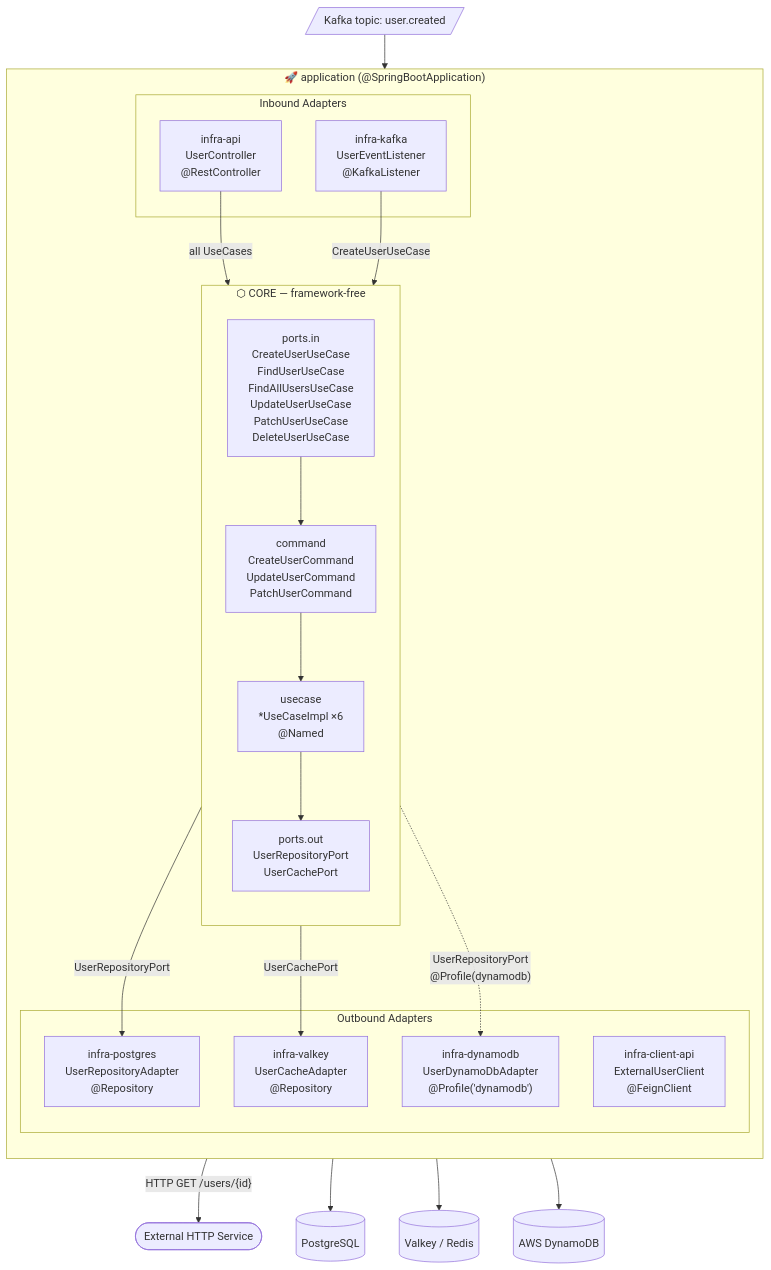
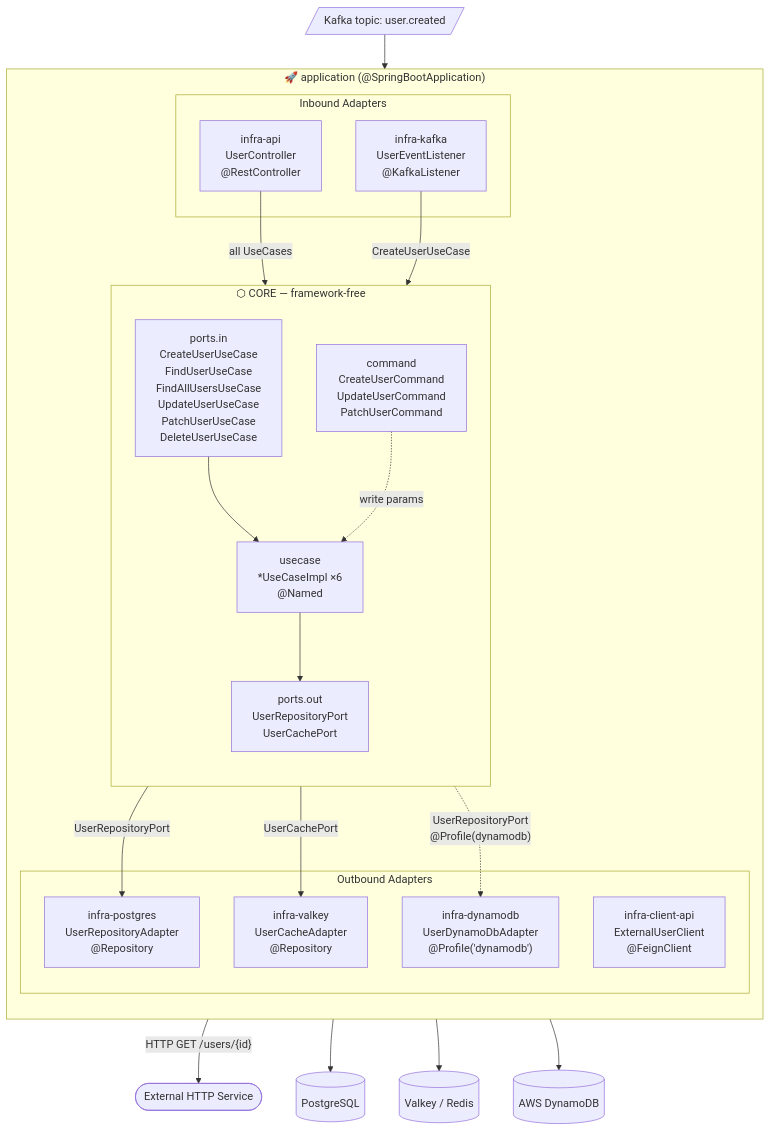
One commit to heandroro/java-hexagonal-template changed the diagram in ARCHITECTURE.md. Above: the diagram before and after it, drawn with Mermaid. The commit also changed other lines of this file, not shown here.

First line of the commit message:
docs: fix mermaid command flow and markdownlint warnings in ARCHITECTURE.md

````diff
--- a/ARCHITECTURE.md
+++ b/ARCHITECTURE.md
@@ -9,45 +9,46 @@
 ```mermaid
 flowchart TD
     subgraph APP["🚀 application (@SpringBootApplication)"]
         direction TB
 
         subgraph INBOUND["Inbound Adapters"]
             API["infra-api\nUserController\n@RestController"]
             KAFKA["infra-kafka\nUserEventListener\n@KafkaListener"]
         end
 
         subgraph CORE["⬡ CORE — framework-free"]
             direction TB
             PIN["ports.in\nCreateUserUseCase\nFindUserUseCase\nFindAllUsersUseCase\nUpdateUserUseCase\nPatchUserUseCase\nDeleteUserUseCase"]
             CMD["command\nCreateUserCommand\nUpdateUserCommand\nPatchUserCommand"]
             UC["usecase\n*UseCaseImpl ×6\n@Named"]
             POUT["ports.out\nUserRepositoryPort\nUserCachePort"]
-            PIN --> CMD --> UC --> POUT
+            PIN --> UC --> POUT
+            CMD -. "write params" .-> UC
         end
 
         subgraph OUTBOUND["Outbound Adapters"]
             PG["infra-postgres\nUserRepositoryAdapter\n@Repository"]
             VK["infra-valkey\nUserCacheAdapter\n@Repository"]
             DY["infra-dynamodb\nUserDynamoDbAdapter\n@Profile('dynamodb')"]
             FC["infra-client-api\nExternalUserClient\n@FeignClient"]
         end
     end
 
     EXT_HTTP(["External HTTP Service"])
     EXT_DB[("PostgreSQL")]
     EXT_CACHE[("Valkey / Redis")]
     EXT_DYNAMO[("AWS DynamoDB")]
     EXT_KAFKA[/"Kafka topic: user.created"/]
 
     API -- "all UseCases" --> PIN
     KAFKA -- "CreateUserUseCase" --> PIN
     POUT -- "UserRepositoryPort" --> PG
     POUT -- "UserCachePort" --> VK
     POUT -. "UserRepositoryPort\n@Profile(dynamodb)" .-> DY
     FC -- "HTTP GET /users/{id}" --> EXT_HTTP
 
     PG --> EXT_DB
     VK --> EXT_CACHE
     DY --> EXT_DYNAMO
     EXT_KAFKA --> KAFKA
 ```
````
